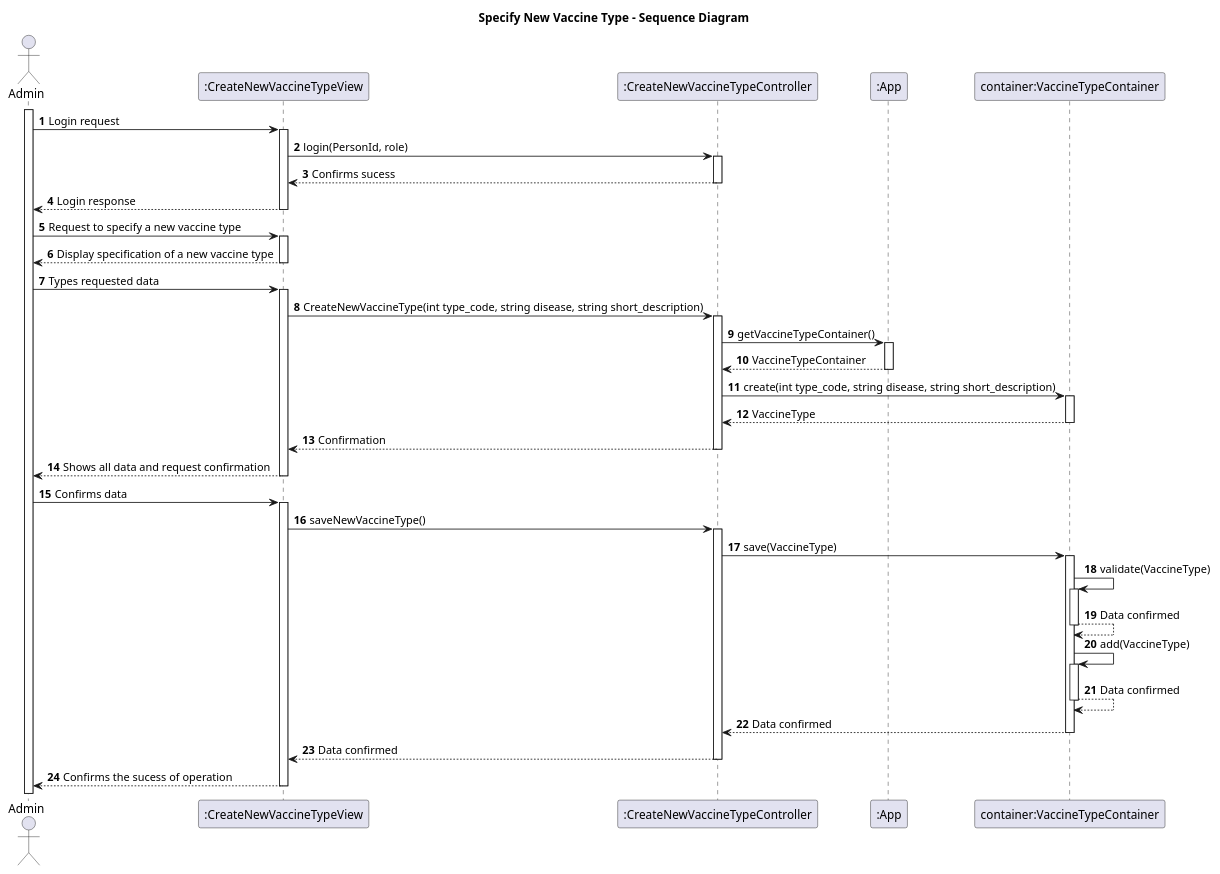
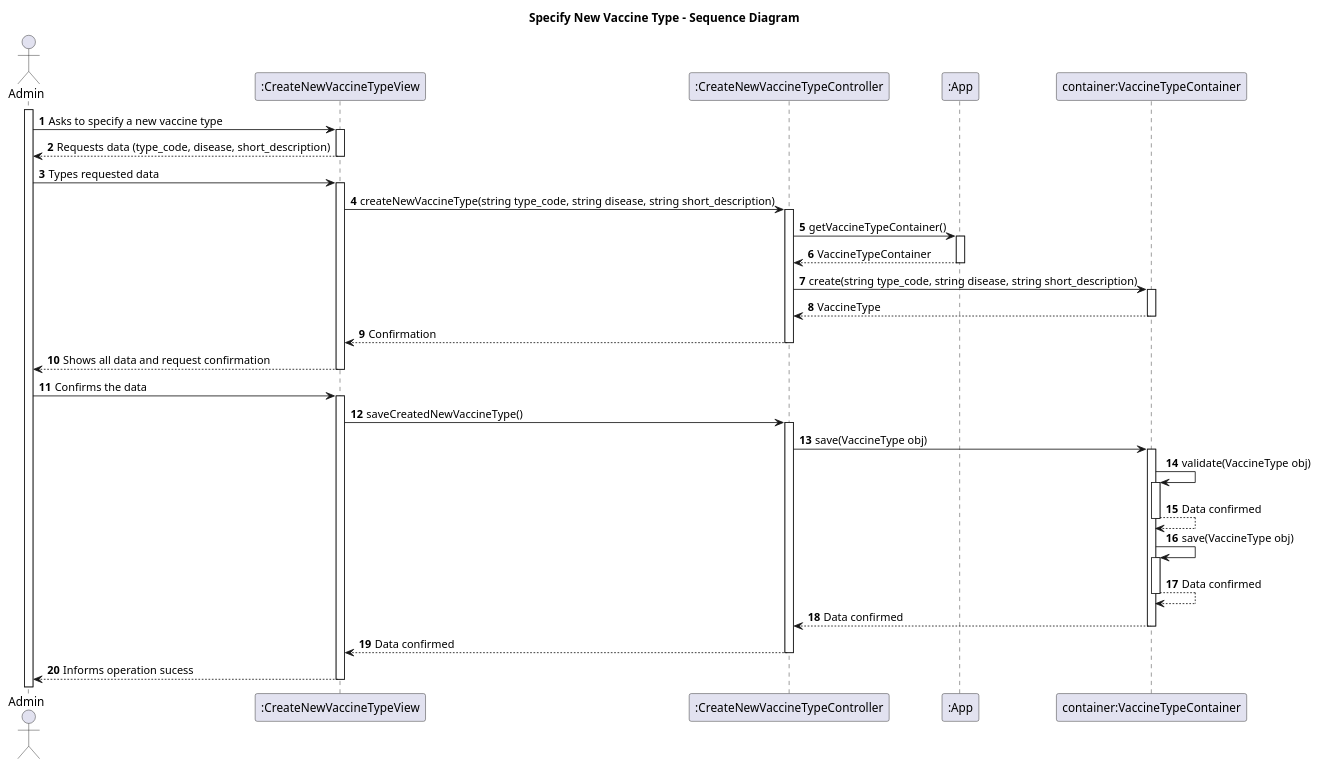
One commit to Parafita123/leti-esoft-25-26-B1 changed the diagram in docs/Sprint2/US10/puml/US10-SD.puml. Above: the diagram before and after it, drawn with PlantUML. The commit also changed 3 other files, not shown here.

```diff
--- a/docs/Sprint2/US10/puml/US10-SD.puml
+++ b/docs/Sprint2/US10/puml/US10-SD.puml
@@ -1,45 +1,41 @@
 @startuml
 
 title Specify New Vaccine Type - Sequence Diagram
 
 autoactivate on
 autonumber
 
 actor "Admin" as admin
 participant ":CreateNewVaccineTypeView" as view
 participant ":CreateNewVaccineTypeController" as ctrl
 participant ":App" as app
 participant "container:VaccineTypeContainer" as container
 
 activate admin
 
-admin -> view: Login request
-view -> ctrl: login(PersonId, role)
-ctrl --> view: Confirms sucess
-view --> admin: Login response
+admin -> view: Asks to specify a new vaccine type
+view --> admin: Requests data (type_code, disease, short_description)
+admin -> view: Types requested data
+view -> ctrl: createNewVaccineType(string type_code, string disease, string short_description)
 
-admin -> view: Request to specify a new vaccine type
-view --> admin: Display specification of a new vaccine type
-admin -> view: Types requested data
-view -> ctrl: CreateNewVaccineType(int type_code, string disease, string short_description)
 ctrl -> app: getVaccineTypeContainer()
 app --> ctrl: VaccineTypeContainer
-ctrl -> container: create(int type_code, string disease, string short_description)
+ctrl -> container: create(string type_code, string disease, string short_description)
 container --> ctrl: VaccineType
 ctrl --> view: Confirmation
 view --> admin: Shows all data and request confirmation
-admin -> view: Confirms data
-view -> ctrl: saveNewVaccineType()
-ctrl -> container: save(VaccineType)
-container -> container: validate(VaccineType)
+admin -> view: Confirms the data
+view -> ctrl: saveCreatedNewVaccineType()
+ctrl -> container: save(VaccineType obj)
+container -> container: validate(VaccineType obj)
 container --> container: Data confirmed
-container -> container: add(VaccineType)
+container -> container: save(VaccineType obj)
 container --> container: Data confirmed
 container --> ctrl: Data confirmed
 ctrl --> view: Data confirmed
-view --> admin: Confirms the sucess of operation
+view --> admin: Informs operation sucess
 
 
 
 
 @enduml
```
